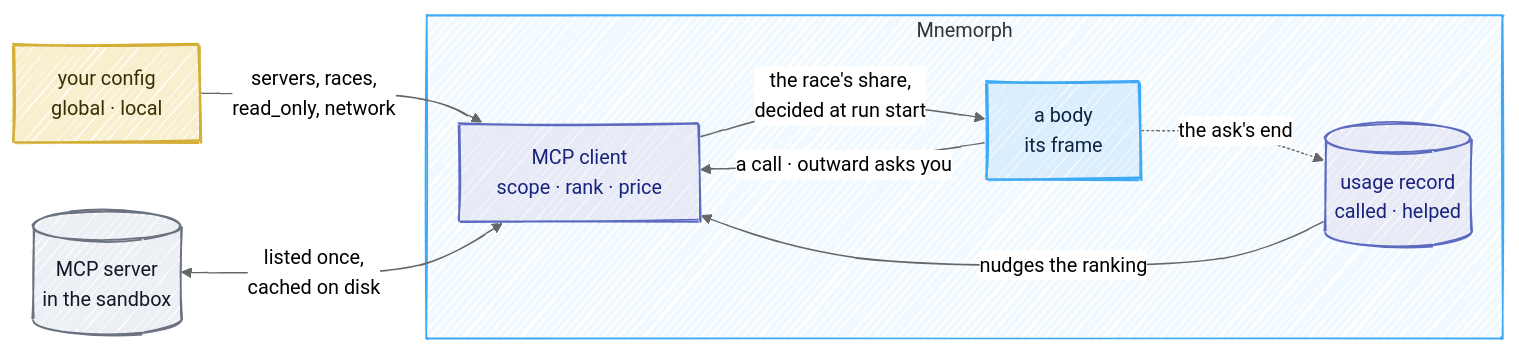
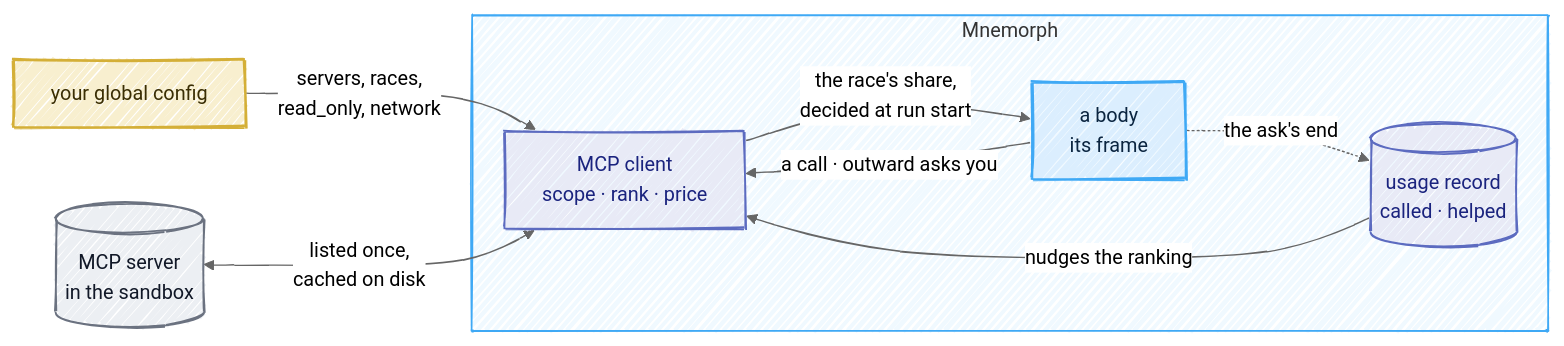
The diagram in docs/07-mcp.md (Kaginari/mnemorph), drawn with Mermaid before and after one commit. The commit also changed other lines of this file and 27 other files, not shown here.

Commit message:
fix(mcp): Fable's review — security keys from the global file only, servers outside the world, MCP state outside it, full gate card, bounds, cleaned schemas, die with the harness (refs #48)

````diff
--- a/docs/07-mcp.md
+++ b/docs/07-mcp.md
@@ -5,27 +5,27 @@
 ```mermaid
 ---
 config:
   look: handDrawn
   theme: neutral
   flowchart:
     wrappingWidth: 360
 ---
 flowchart LR
-    H["your config<br/>global · local"] -->|"servers, races,<br/>read_only, network"| C
+    H["your global config"] -->|"servers, races,<br/>read_only, network"| C
     S[("MCP server<br/>in the sandbox")] <-->|"listed once,<br/>cached on disk"| C["MCP client<br/>scope · rank · price"]
     subgraph mnemorph["Mnemorph"]
       C -->|"the race's share,<br/>decided at run start"| A["a body<br/>its frame"]
       A -->|"a call · outward asks you"| C
       L[("usage record<br/>called · helped")] -->|"nudges the ranking"| C
       A -. "the ask's end" .-> L
     end
     classDef human fill:#f8efcf,stroke:#D4AF37,stroke-width:2px,color:#3a2e05
     class H human
     classDef outside fill:#eceff3,stroke:#6b7280,stroke-width:1.5px,color:#111827
     class S outside
     classDef store fill:#e8eaf6,stroke:#5c6bc0,stroke-width:1.5px,color:#1a237e
     class C,L store
     classDef throne fill:#dbeefe,stroke:#3FA9F5,stroke-width:2px,color:#0b2540
     class A throne
     style mnemorph fill:#f0f9ff,stroke:#3FA9F5
 ```
````
